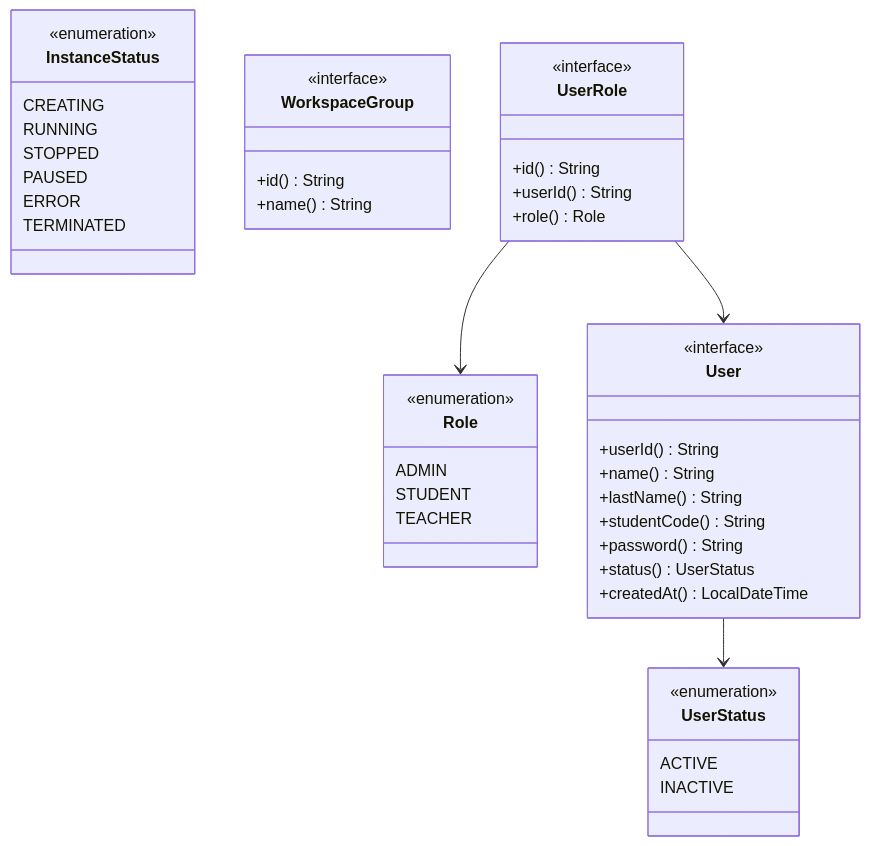
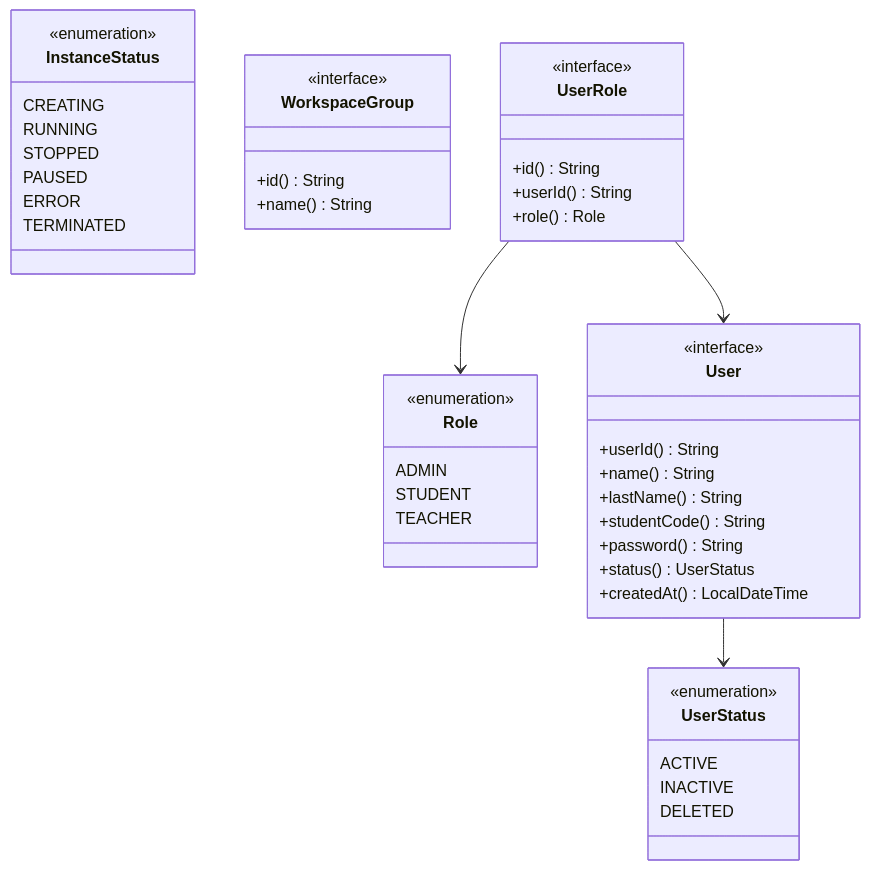
One commit to Univalle-Gadim-Lab/virtual-lab-platform changed the second of 6 diagrams in architecture/ARCHITECTURE.md. Above: the diagram before and after it, drawn with Mermaid. The commit also changed other lines of this file and 19 other files, not shown here.

````diff
--- a/architecture/ARCHITECTURE.md
+++ b/architecture/ARCHITECTURE.md
@@ -48,55 +48,56 @@
 ```mermaid
 classDiagram
     direction TB
 
     class Role {
         <<enumeration>>
         ADMIN
         STUDENT
         TEACHER
     }
 
     class UserStatus {
         <<enumeration>>
         ACTIVE
         INACTIVE
+        DELETED
     }
 
     class InstanceStatus {
         <<enumeration>>
         CREATING
         RUNNING
         STOPPED
         PAUSED
         ERROR
         TERMINATED
     }
 
     class WorkspaceGroup {
         <<interface>>
         +id() String
         +name() String
     }
 
     class User {
         <<interface>>
         +userId() String
         +name() String
         +lastName() String
         +studentCode() String
         +password() String
         +status() UserStatus
         +createdAt() LocalDateTime
     }
 
     class UserRole {
         <<interface>>
         +id() String
         +userId() String
         +role() Role
     }
 
     UserRole --> User
     UserRole --> Role
     User --> UserStatus
 ```
````
